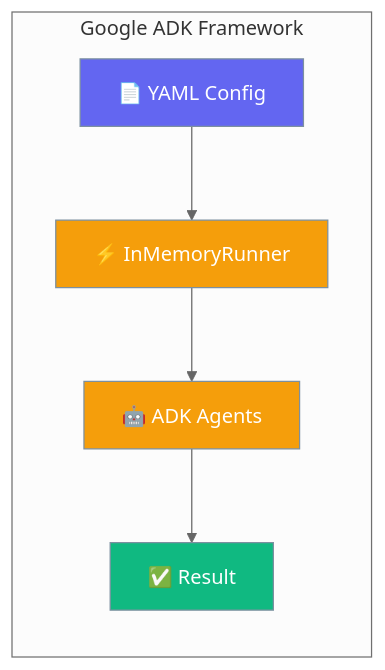
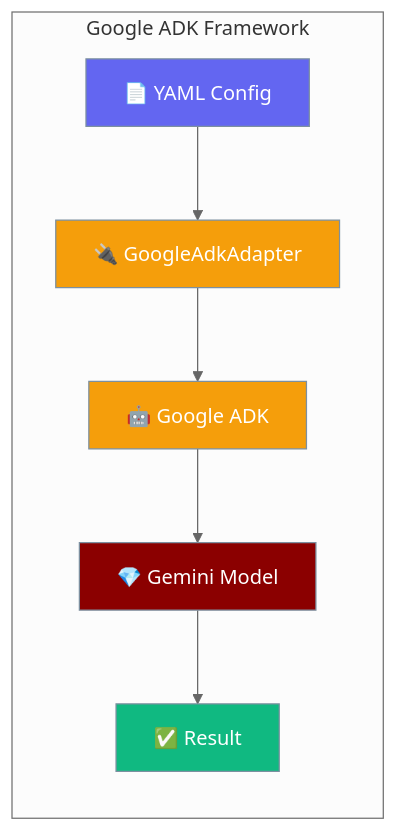
One commit to MervinPraison/PraisonAIDocs changed the first of 2 diagrams in docs/framework/google-adk.mdx. Above: the diagram before and after it, drawn with Mermaid (neutral theme). The commit also changed other lines of this file and 5 other files, not shown here.

````diff
--- a/docs/framework/google-adk.mdx
+++ b/docs/framework/google-adk.mdx
@@ -10,16 +14,19 @@
 ```mermaid
 graph LR
     subgraph "Google ADK Framework"
-        YAML[📄 YAML Config] --> Runner[⚡ InMemoryRunner]
-        Runner --> Agents[🤖 ADK Agents]
-        Agents --> Result[✅ Result]
+        YAML[📄 YAML Config] --> Adapter[🔌 GoogleAdkAdapter]
+        Adapter --> SDK[🤖 Google ADK]
+        SDK --> Gemini[💎 Gemini Model]
+        Gemini --> Result[✅ Result]
     end
 
     classDef input fill:#6366F1,stroke:#7C90A0,color:#fff
     classDef process fill:#F59E0B,stroke:#7C90A0,color:#fff
+    classDef agent fill:#8B0000,stroke:#7C90A0,color:#fff
     classDef output fill:#10B981,stroke:#7C90A0,color:#fff
 
     class YAML input
-    class Runner,Agents process
+    class Adapter,SDK process
+    class Gemini agent
     class Result output
 ```
````
